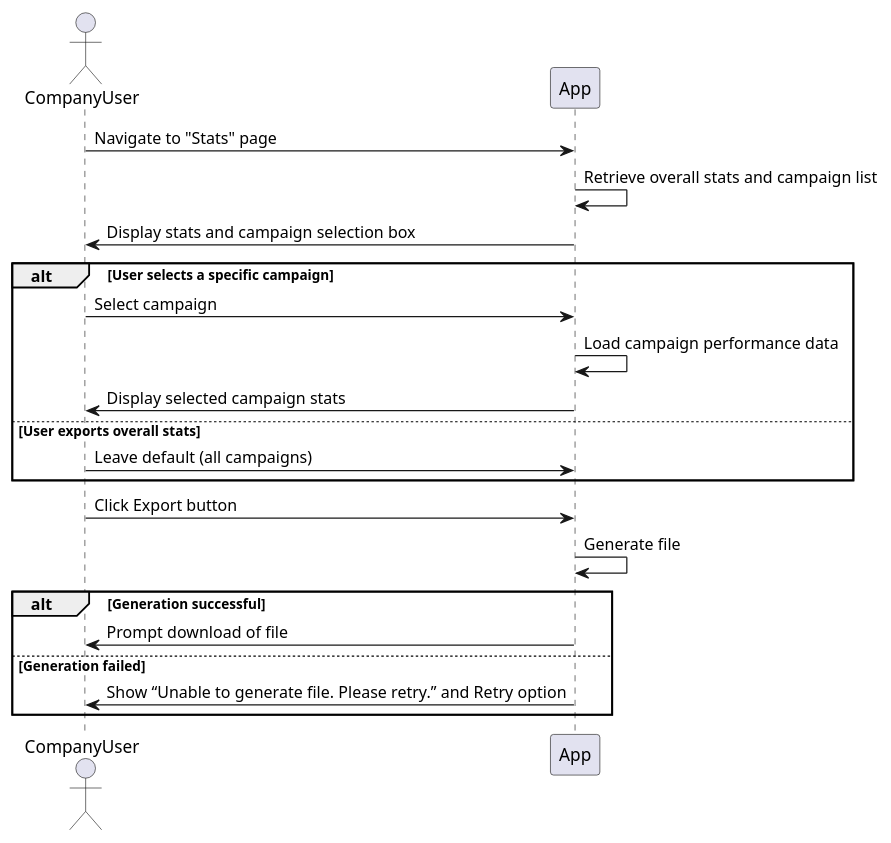
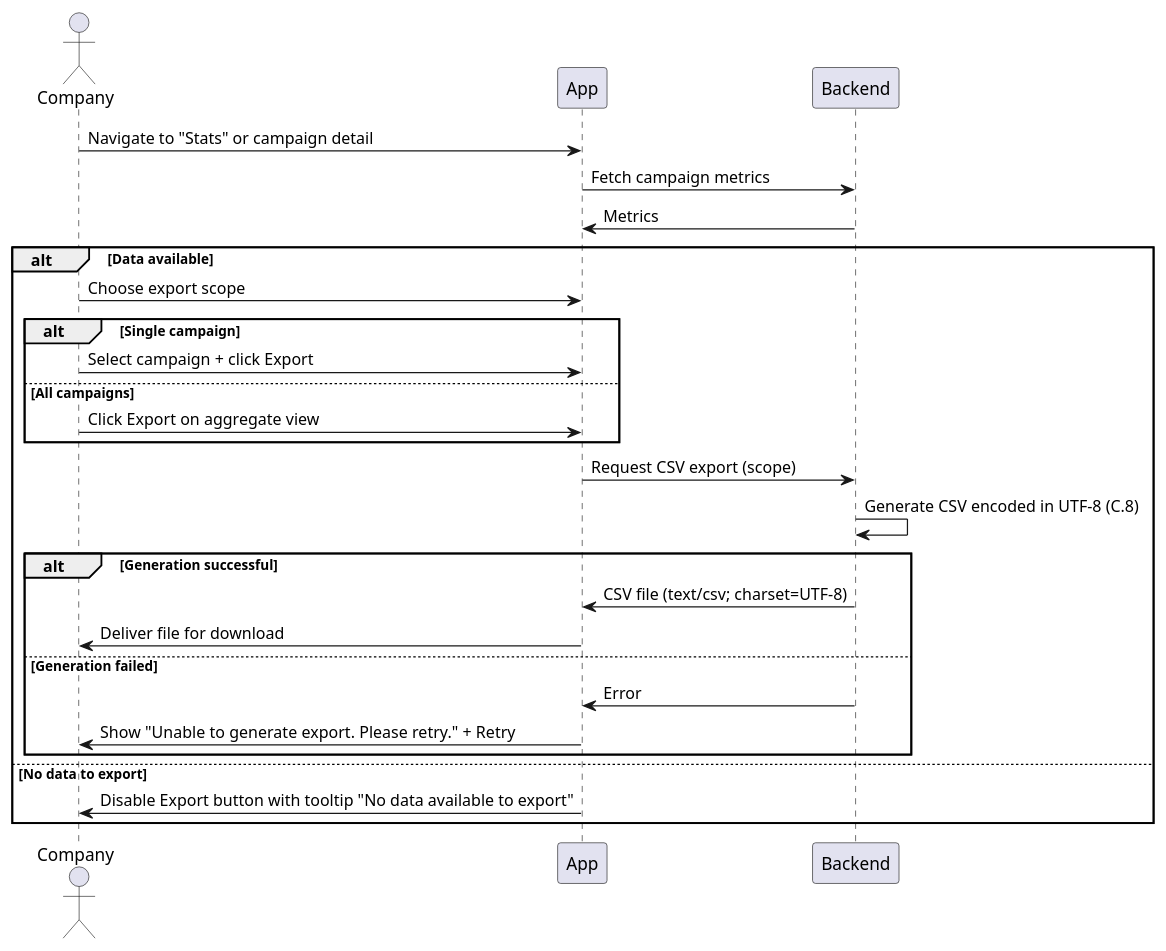
One commit to TheXik/Ad-on-Wheels changed the diagram in DOCS/Usecases/Company/ExportCampaignStats/ExportCampaingStats.puml. Above: the diagram before and after it, drawn with PlantUML. The commit also changed 19 other files, not shown here.

Commit message:
docs: update puml diagrams and the svg

```diff
--- a/DOCS/Usecases/Company/ExportCampaignStats/ExportCampaingStats.puml
+++ b/DOCS/Usecases/Company/ExportCampaignStats/ExportCampaingStats.puml
@@ -1,25 +1,32 @@
 @startuml ExportCampaignStats
-actor CompanyUser
+actor Company
 
-CompanyUser -> App : Navigate to "Stats" page
-App -> App : Retrieve overall stats and campaign list
-App -> CompanyUser : Display stats and campaign selection box
+Company -> App : Navigate to "Stats" or campaign detail
+App -> Backend : Fetch campaign metrics
+Backend -> App : Metrics
 
-alt User selects a specific campaign
-  CompanyUser -> App : Select campaign
-  App -> App : Load campaign performance data
-  App -> CompanyUser : Display selected campaign stats
-else User exports overall stats
-  CompanyUser -> App : Leave default (all campaigns)
-end
+alt Data available
+    Company -> App : Choose export scope
 
-CompanyUser -> App : Click Export button
-App -> App : Generate file 
+    alt Single campaign
+        Company -> App : Select campaign + click Export
+    else All campaigns
+        Company -> App : Click Export on aggregate view
+    end
 
-alt Generation successful
-  App -> CompanyUser : Prompt download of file
-else Generation failed
-  App -> CompanyUser : Show “Unable to generate file. Please retry.” and Retry option
+    App -> Backend : Request CSV export (scope)
+    Backend -> Backend : Generate CSV encoded in UTF-8 (C.8)
+
+    alt Generation successful
+        Backend -> App : CSV file (text/csv; charset=UTF-8)
+        App -> Company : Deliver file for download
+    else Generation failed
+        Backend -> App : Error
+        App -> Company : Show "Unable to generate export. Please retry." + Retry
+    end
+
+else No data to export
+    App -> Company : Disable Export button with tooltip "No data available to export"
 end
 
 @enduml
```
